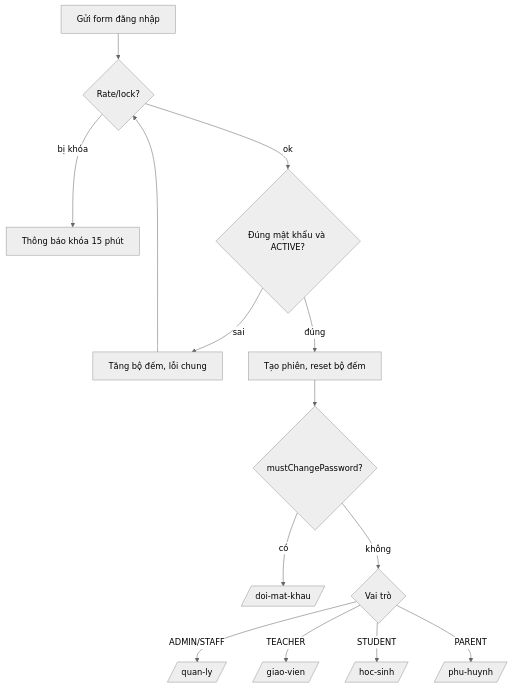
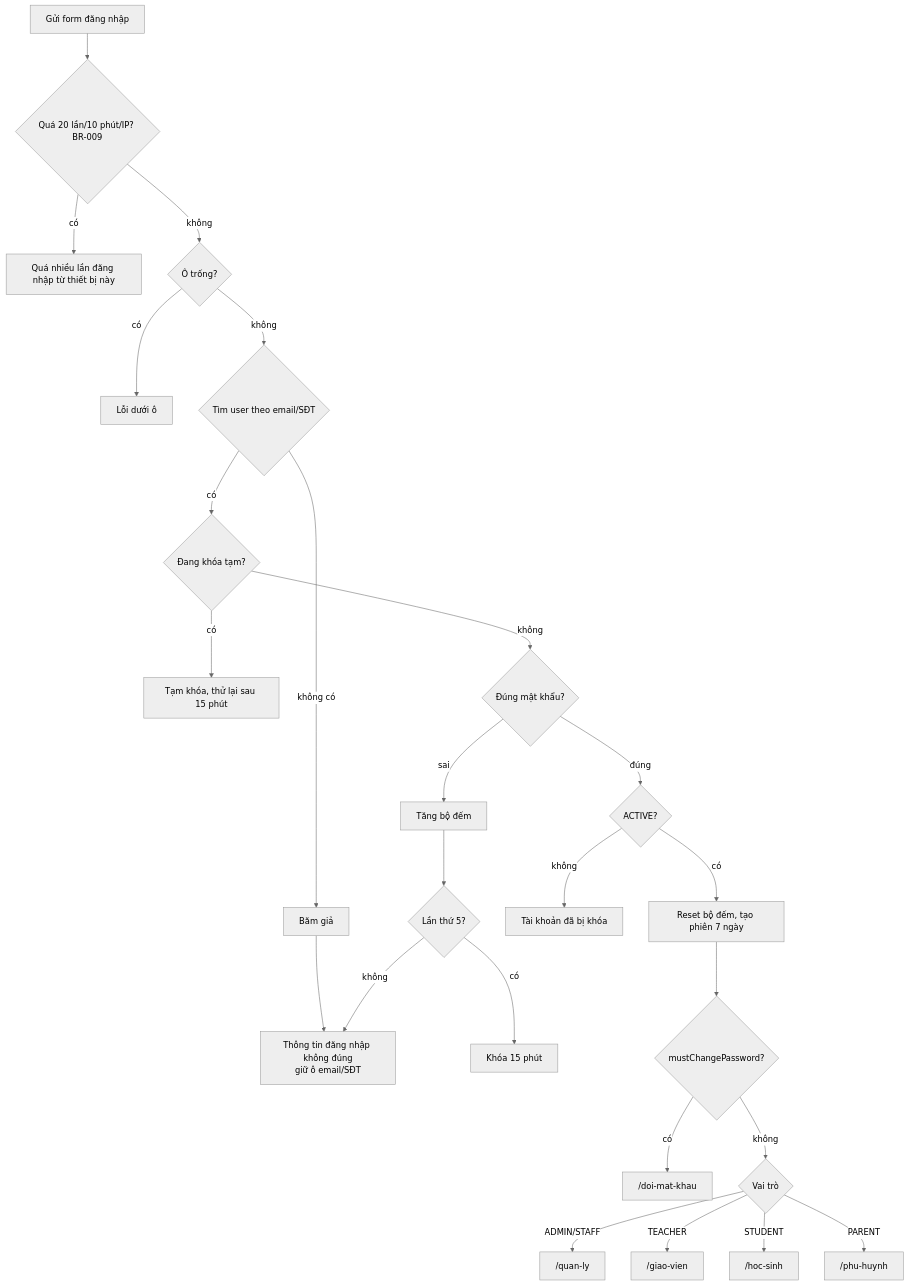
Before and after one commit to Huutuyen205/CoreLinkAcademy: the second of 12 diagrams in docs/07-user-flows-and-logic-diagrams.md, drawn with Mermaid (neutral theme). The commit also changed other lines of this file and 100 other files, not shown here.

````diff
--- a/docs/07-user-flows-and-logic-diagrams.md
+++ b/docs/07-user-flows-and-logic-diagrams.md
@@ -44,15 +85,25 @@
 ```mermaid
 flowchart TD
-  A[Gửi form đăng nhập] --> B{Rate/lock?}
-  B -- bị khóa --> E[Thông báo khóa 15 phút]
-  B -- ok --> C{Đúng mật khẩu và ACTIVE?}
-  C -- sai --> D[Tăng bộ đếm, lỗi chung] --> B
-  C -- đúng --> F[Tạo phiên, reset bộ đếm]
-  F --> G{mustChangePassword?}
-  G -- có --> H[/doi-mat-khau/]
-  G -- không --> I{Vai trò}
-  I -- ADMIN/STAFF --> J[/quan-ly/]
-  I -- TEACHER --> K[/giao-vien/]
-  I -- STUDENT --> L[/hoc-sinh/]
-  I -- PARENT --> M[/phu-huynh/]
+  A[Gửi form đăng nhập] --> IP{"Quá 20 lần/10 phút/IP? BR-009"}
+  IP -- có --> E0[Quá nhiều lần đăng nhập từ thiết bị này]
+  IP -- không --> V{Ô trống?}
+  V -- có --> E1[Lỗi dưới ô]
+  V -- không --> U{"Tìm user theo email/SĐT"}
+  U -- không có --> D[Băm giả] --> E2["Thông tin đăng nhập không đúng<br/>giữ ô email/SĐT"]
+  U -- có --> K{Đang khóa tạm?}
+  K -- có --> E3[Tạm khóa, thử lại sau 15 phút]
+  K -- không --> PW{Đúng mật khẩu?}
+  PW -- sai --> CNT[Tăng bộ đếm] --> F5{Lần thứ 5?}
+  F5 -- có --> E4[Khóa 15 phút]
+  F5 -- không --> E2
+  PW -- đúng --> ST{ACTIVE?}
+  ST -- không --> E5[Tài khoản đã bị khóa]
+  ST -- có --> S[Reset bộ đếm, tạo phiên 7 ngày]
+  S --> G{mustChangePassword?}
+  G -- có --> CP["/doi-mat-khau"]
+  G -- không --> RO{Vai trò}
+  RO -- "ADMIN/STAFF" --> Q["/quan-ly"]
+  RO -- TEACHER --> T["/giao-vien"]
+  RO -- STUDENT --> HS["/hoc-sinh"]
+  RO -- PARENT --> PH["/phu-huynh"]
 ```
````
